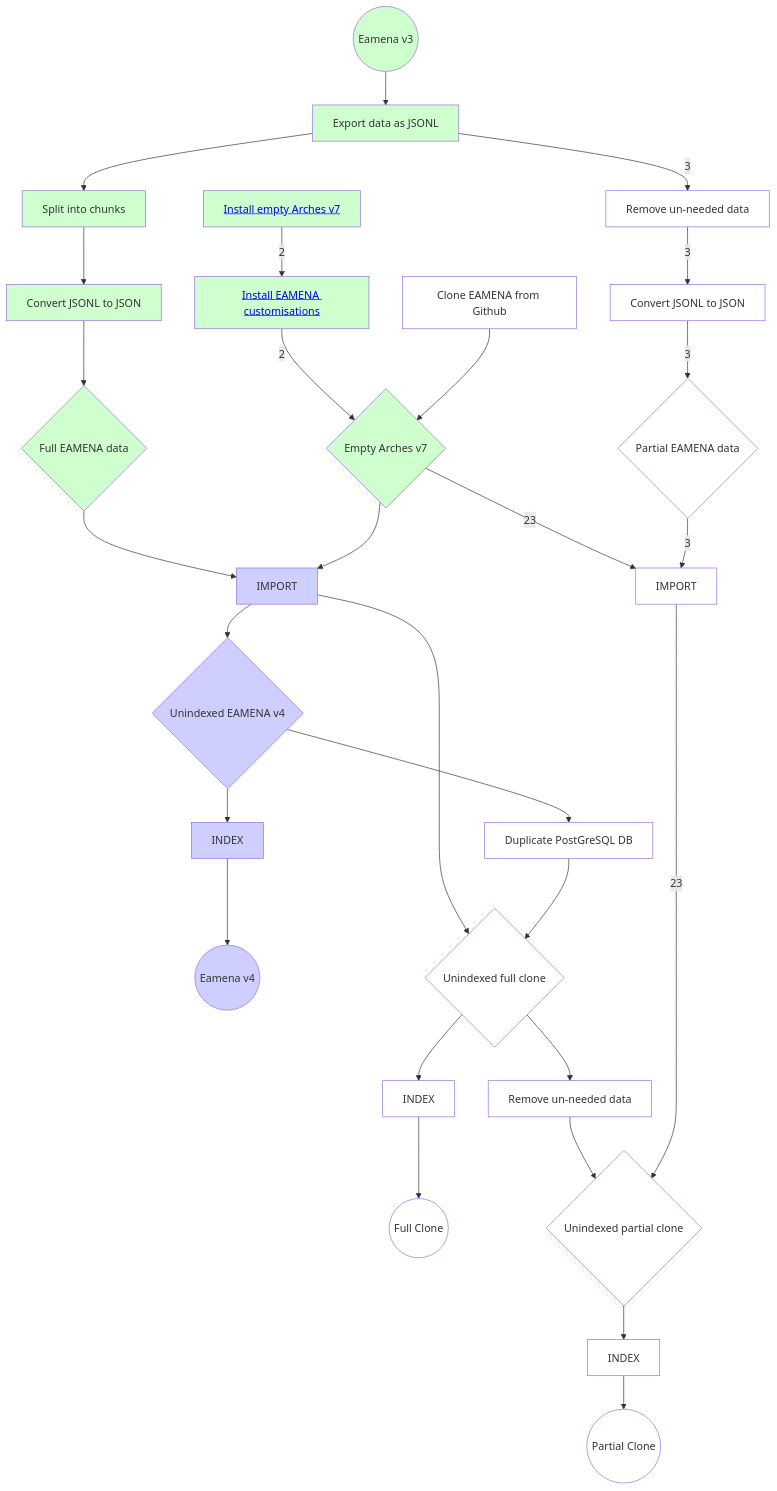
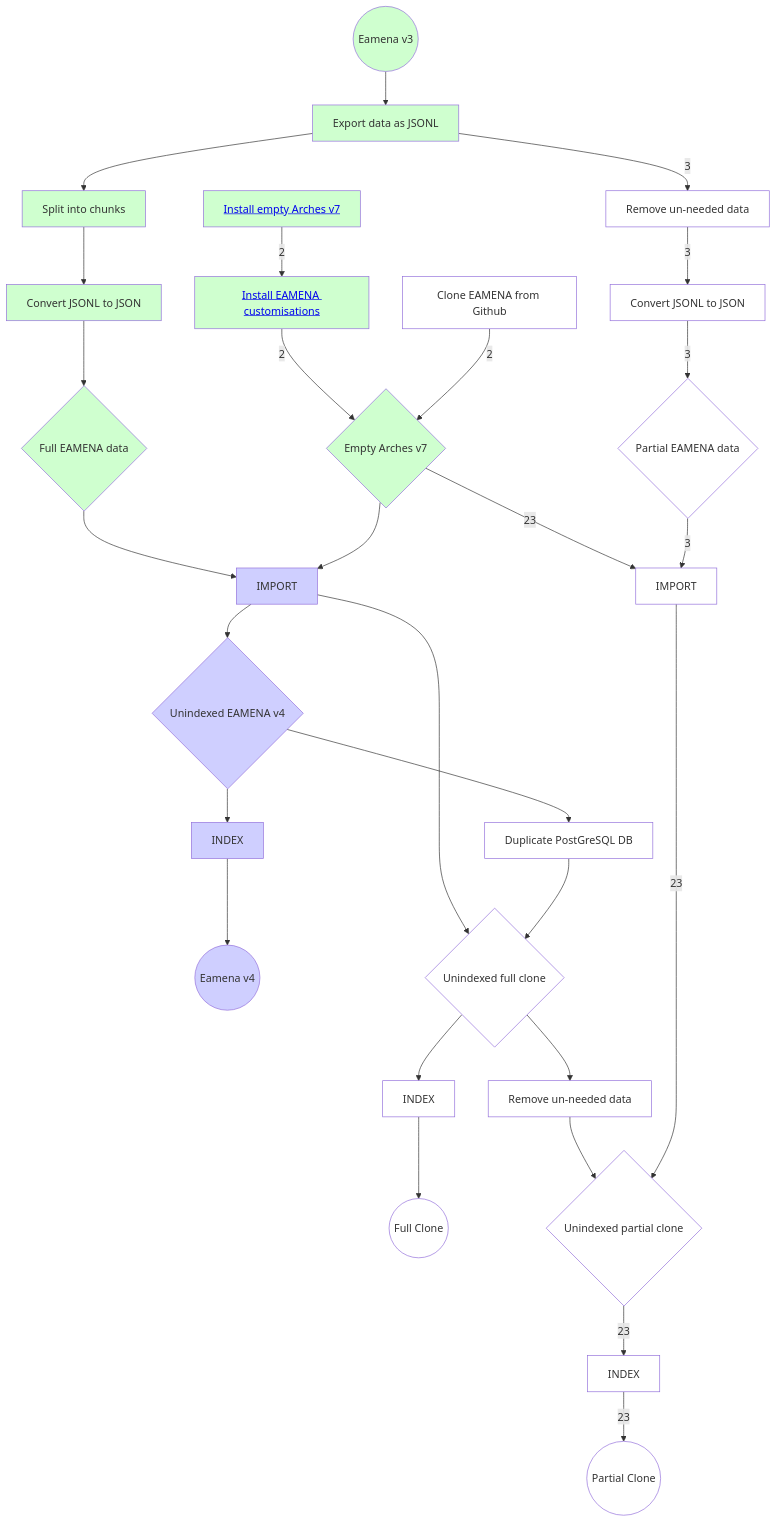
Before and after one commit to eamena-project/eamena-arches-dev: the first of 2 diagrams in dbs/database.eamena/install/README.md, drawn with Mermaid. The commit also changed other lines of this file, not shown here.

Commit message:
db install

````diff
--- a/dbs/database.eamena/install/README.md
+++ b/dbs/database.eamena/install/README.md
@@ -28,55 +28,55 @@
 ```mermaid
 flowchart
 	id1((Eamena v3))-->id2[Export data as JSONL]
 	id2-->id3[Split into chunks]
 	id3-->id4[Convert JSONL to JSON]
 	id4-->id5{Full EAMENA data}
 	id5-->id6[IMPORT]
 	id7[ <a href='https://github.com/eamena-project/eamena-arches-dev/tree/main/dbs/database.eamena/install#install-empty-arches-v7'> Install empty Arches v7 </a>] --2--> id25[ <a href='https://github.com/eamena-project/eamena-arches-dev/tree/main/dbs/database.eamena/install#install-eamena-customisations'>Install EAMENA customisations</a> ]
 	id25 --2--> id8{Empty Arches v7}
-	id9[Clone EAMENA from Github]-->id8
+	id9[Clone EAMENA from Github] --2--> id8
 	id8-->id6
 	id6-->id10{Unindexed EAMENA v4}
 	id10-->id11[Duplicate PostGreSQL DB]
 	id10-->id12[INDEX]
 	id12-->id13((Eamena v4))
 	id2 --3--> id14[Remove un-needed data]
 	id6-->id15{Unindexed full clone}
 	id11-->id15
 	id15-->id16[INDEX]
 	id16-->id17((Full Clone))
-	id18{Unindexed partial clone}-->id19[INDEX]
-	id19-->id20((Partial Clone))
+	id18{Unindexed partial clone} --23--> id19[INDEX]
+	id19 --23--> id20((Partial Clone))
 	id14 --3--> id21[Convert JSONL to JSON]
 	id21 --3--> id22{Partial EAMENA data}
 	id15-->id23[Remove un-needed data]
 	id8 --23--> id24[IMPORT]
 	id22 --3--> id24
 	id23-->id18
 	id24 --23--> id18
 	style id1 fill:#CFFFCF
 	style id2 fill:#CFFFCF
 	style id3 fill:#CFFFCF
 	style id4 fill:#CFFFCF
 	style id5 fill:#CFFFCF
 	style id6 fill:#CFCFFF
 	style id7 fill:#CFFFCF
 	style id8 fill:#CFFFCF
 	style id9 fill:#FFFFFF
 	style id10 fill:#CFCFFF
 	style id11 fill:#FFFFFF
 	style id12 fill:#CFCFFF
 	style id13 fill:#CFCFFF
 	style id14 fill:#FFFFFF
 	style id15 fill:#FFFFFF
 	style id16 fill:#FFFFFF
 	style id17 fill:#FFFFFF
 	style id18 fill:#FFFFFF
 	style id19 fill:#FFFFFF
 	style id20 fill:#FFFFFF
 	style id21 fill:#FFFFFF
 	style id22 fill:#FFFFFF
 	style id23 fill:#FFFFFF
 	style id24 fill:#FFFFFF
 	style id25 fill:#CFFFCF
 ```
````
